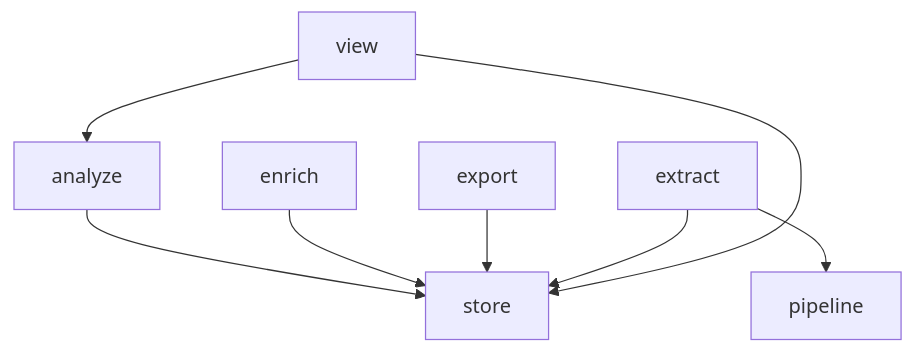
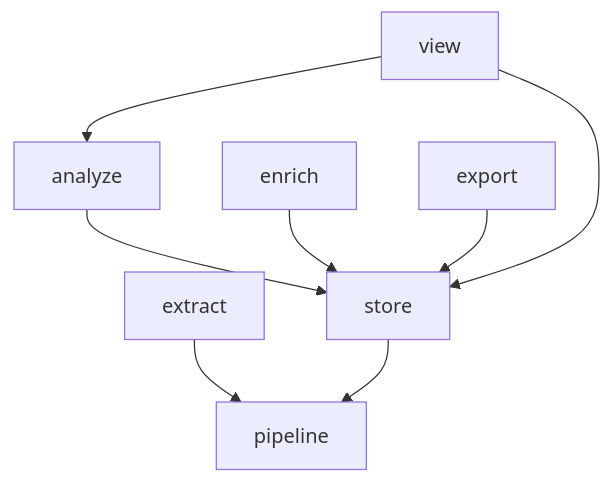
One commit to nathanielobrown/hyphae changed the diagram in docs/layering.md. Above: the diagram before and after it, drawn with Mermaid. The commit also changed 15 other files, not shown here.

````diff
--- a/docs/layering.md
+++ b/docs/layering.md
@@ -16,10 +16,10 @@
 ```mermaid
 graph TD
   analyze --> store
   enrich --> store
   export --> store
   extract --> pipeline
-  extract --> store
+  store --> pipeline
   view --> analyze
   view --> store
 ```
````
